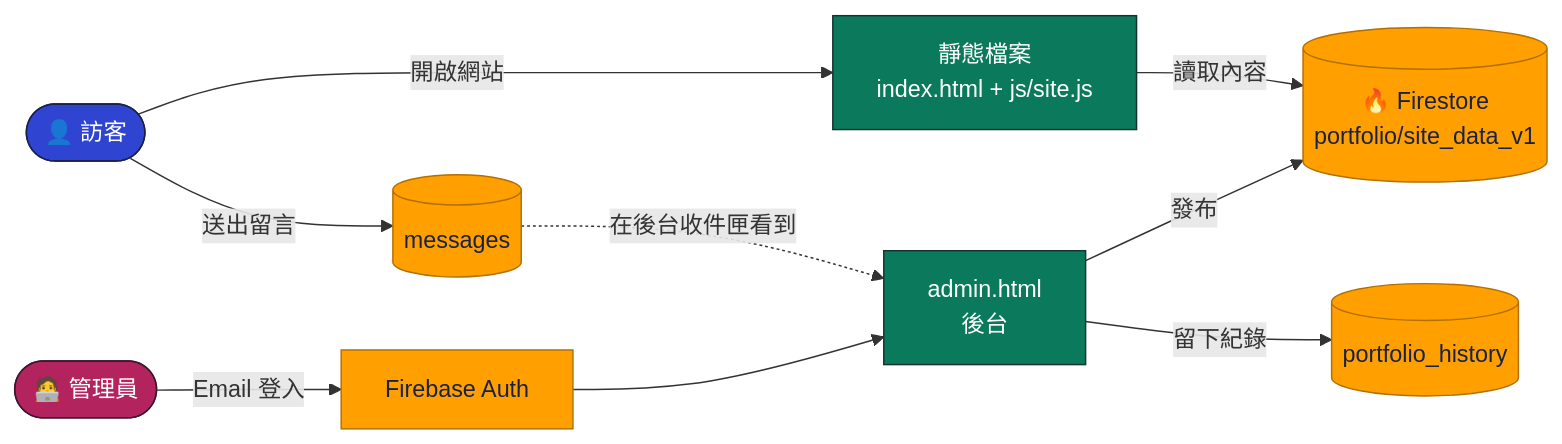
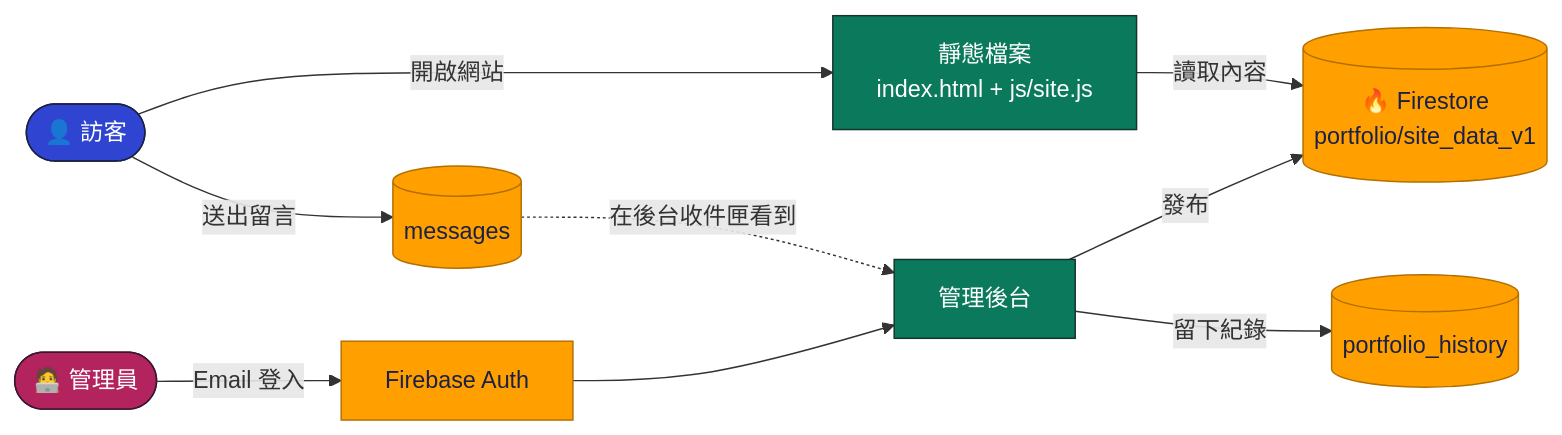
One commit to Jiachang1112/chiacheng changed the first of 3 diagrams in README.md. Above: the diagram before and after it, drawn with Mermaid. The commit also changed other lines of this file and 1 other file, not shown here.

````diff
--- a/README.md
+++ b/README.md
@@ -83,16 +85,16 @@
 ```mermaid
 flowchart LR
     V([👤 訪客]):::blue -->|開啟網站| S[靜態檔案<br/>index.html + js/site.js]:::green
     S -->|讀取內容| F[(🔥 Firestore<br/>portfolio/site_data_v1)]:::orange
     V -->|送出留言| M[(messages)]:::orange
     A([🧑‍💻 管理員]):::pink -->|Email 登入| AU[Firebase Auth]:::orange
-    AU --> AD[admin.html<br/>後台]:::green
+    AU --> AD[管理後台]:::green
     AD -->|發布| F
     AD -->|留下紀錄| H[(portfolio_history)]:::orange
     M -.->|在後台收件匣看到| AD
 
     classDef blue fill:#2f45d1,stroke:#1a2146,color:#fff
     classDef green fill:#0b7a5c,stroke:#13332c,color:#fff
     classDef orange fill:#ffa000,stroke:#b36f00,color:#1a2146
     classDef pink fill:#b3245f,stroke:#3b1630,color:#fff
 ```
````
